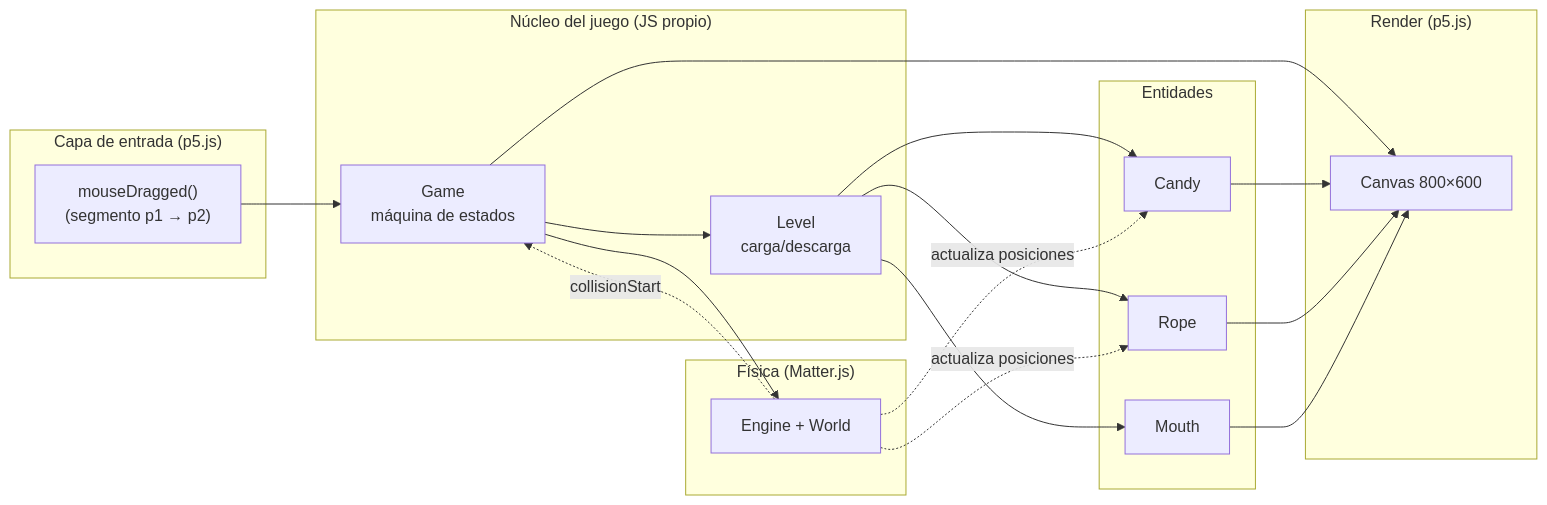
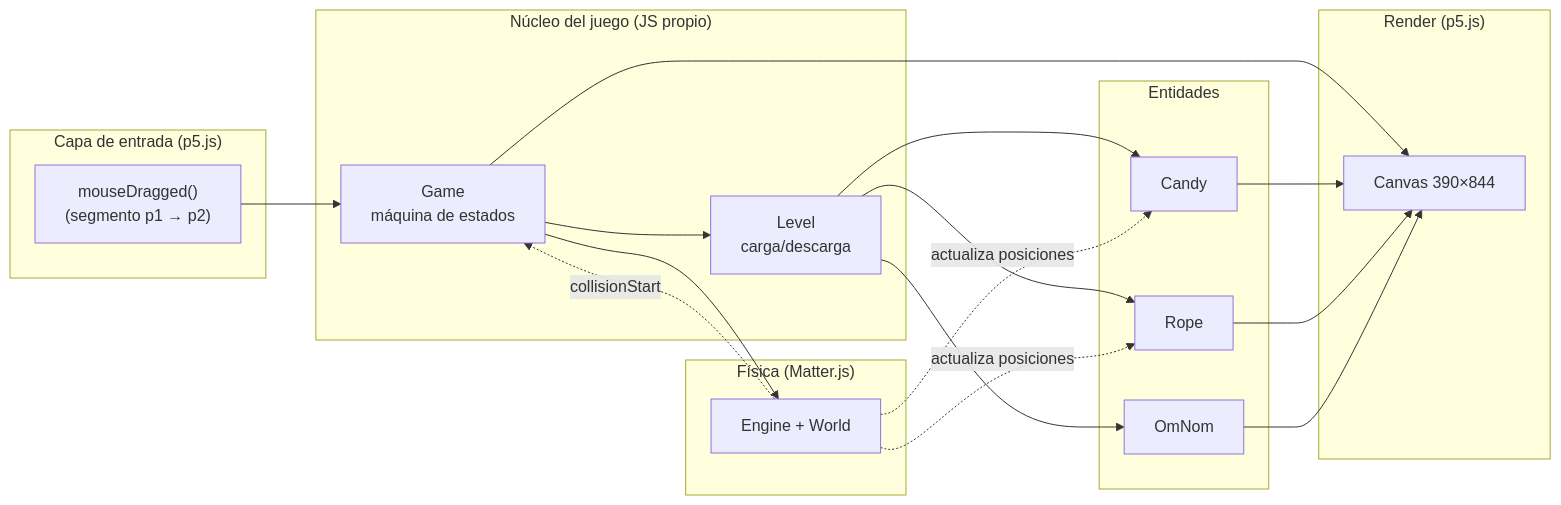
Before and after one commit to ShryhakAkizuki/Cut_The_Rope-Visual_Computing_2026-II: the first of 4 diagrams in docs/arquitectura-mvp.md, drawn with Mermaid. The commit also changed other lines of this file and 8 other files, not shown here.

````diff
--- a/docs/arquitectura-mvp.md
+++ b/docs/arquitectura-mvp.md
@@ -32,39 +32,39 @@
 ```mermaid
 flowchart LR
     subgraph INPUT["Capa de entrada (p5.js)"]
         M["mouseDragged()<br/>(segmento p1 → p2)"]
     end
 
     subgraph CORE["Núcleo del juego (JS propio)"]
         G["Game<br/>máquina de estados"]
         L["Level<br/>carga/descarga"]
     end
 
     subgraph ENT["Entidades"]
         C["Candy"]
         R["Rope"]
-        MO["Mouth"]
+        MO["OmNom"]
     end
 
     subgraph PHYS["Física (Matter.js)"]
         E["Engine + World"]
     end
 
     subgraph RENDER["Render (p5.js)"]
-        CV["Canvas 800×600"]
+        CV["Canvas 390×844"]
     end
 
     M --> G
     G --> L
     L --> C
     L --> R
     L --> MO
     G --> E
     E -. "actualiza posiciones" .-> R
     E -. "actualiza posiciones" .-> C
     E -. "collisionStart" .-> G
     G --> CV
     C --> CV
     R --> CV
     MO --> CV
 ```
````
